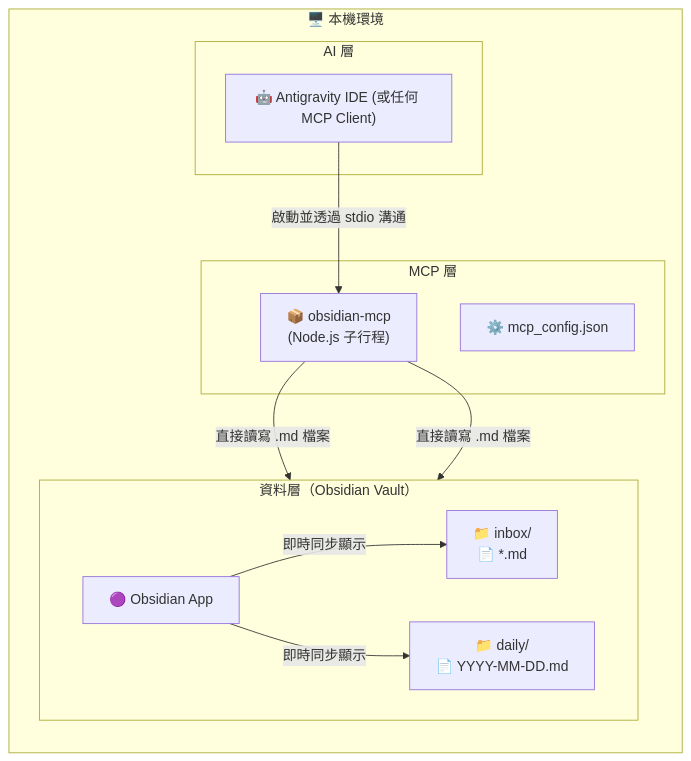
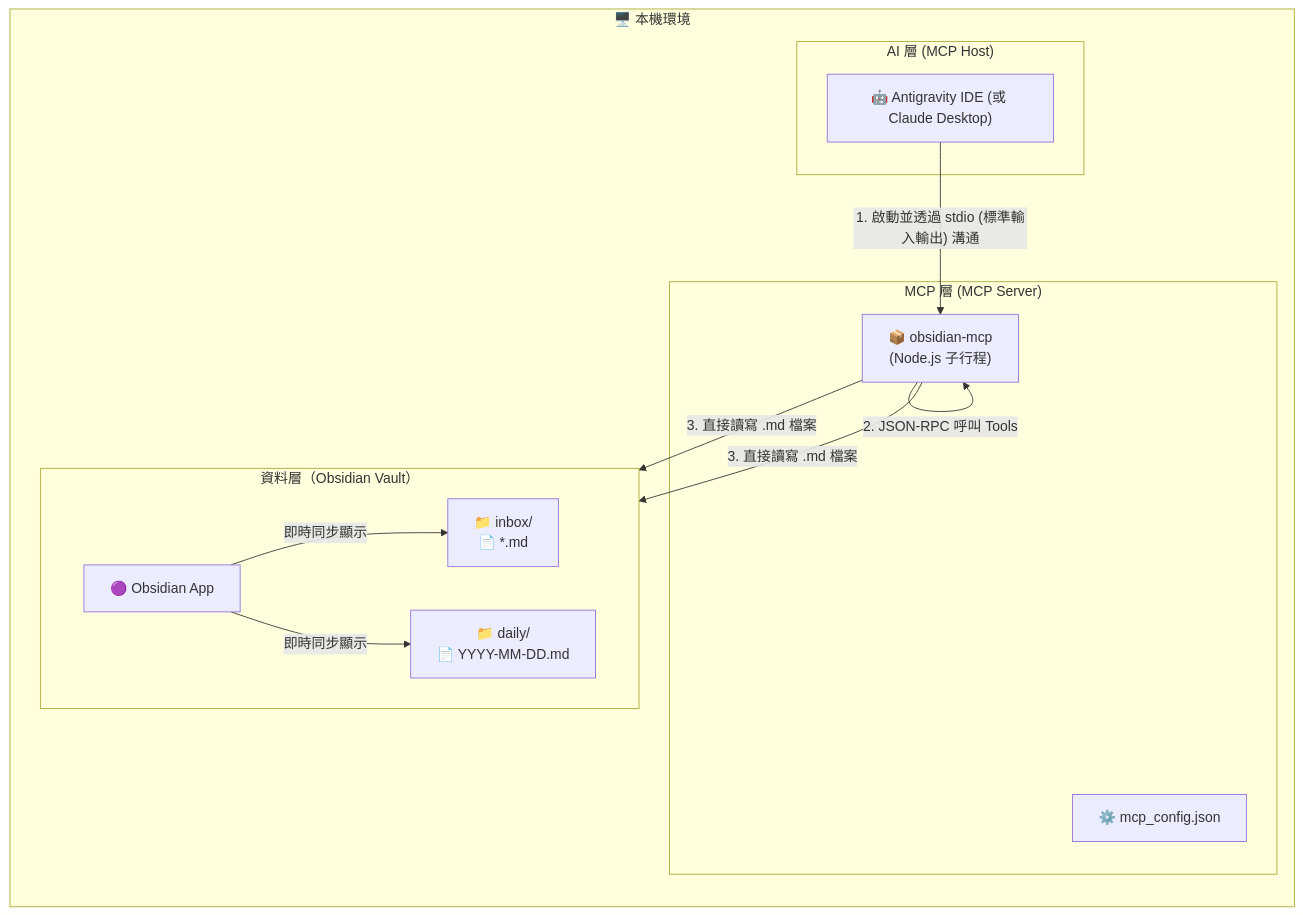
One commit to xx8897/obsidian-mcp changed the diagram in README.md. Above: the diagram before and after it, drawn with Mermaid. The commit also changed other lines of this file, not shown here.

Commit message:
docs: add full MCP concept introduction

````diff
--- a/README.md
+++ b/README.md
@@ -13,28 +31,29 @@
 ```mermaid
 graph TB
     subgraph MACHINE["🖥️ 本機環境"]
         direction TB
 
-        subgraph AI["AI 層"]
-            IDE["🤖 Antigravity IDE (或任何 MCP Client)"]
+        subgraph AI["AI 層 (MCP Host)"]
+            IDE["🤖 Antigravity IDE (或 Claude Desktop)"]
         end
 
-        subgraph MCP["MCP 層"]
+        subgraph MCP["MCP 層 (MCP Server)"]
             CFG["⚙️ mcp_config.json"]
             SRV["📦 obsidian-mcp\n(Node.js 子行程)"]
         end
 
         subgraph DATA["資料層（Obsidian Vault）"]
             direction LR
             INBOX["📁 inbox/\n📄 *.md"]
             DAILY["📁 daily/\n📄 YYYY-MM-DD.md"]
             OBS["🟣 Obsidian App"]
         end
     end
 
-    IDE -- "啟動並透過 stdio 溝通" --> SRV
-    SRV -- "直接讀寫 .md 檔案" --> INBOX
-    SRV -- "直接讀寫 .md 檔案" --> DAILY
+    IDE -- "1. 啟動並透過 stdio (標準輸入輸出) 溝通" --> SRV
+    SRV -- "2. JSON-RPC 呼叫 Tools" --> SRV
+    SRV -- "3. 直接讀寫 .md 檔案" --> INBOX
+    SRV -- "3. 直接讀寫 .md 檔案" --> DAILY
     OBS -- "即時同步顯示" --> INBOX
     OBS -- "即時同步顯示" --> DAILY
 ```
````
